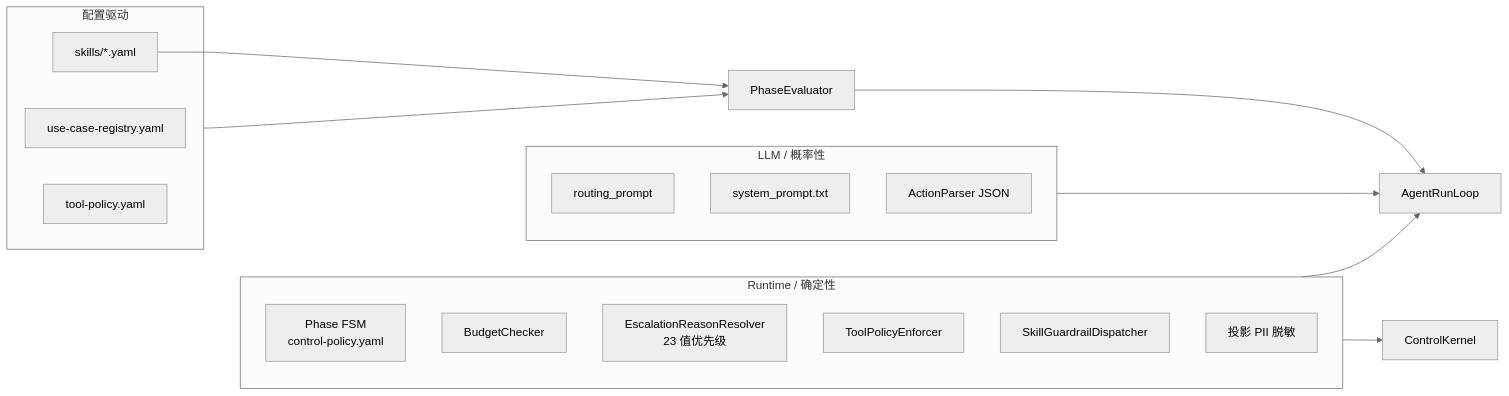
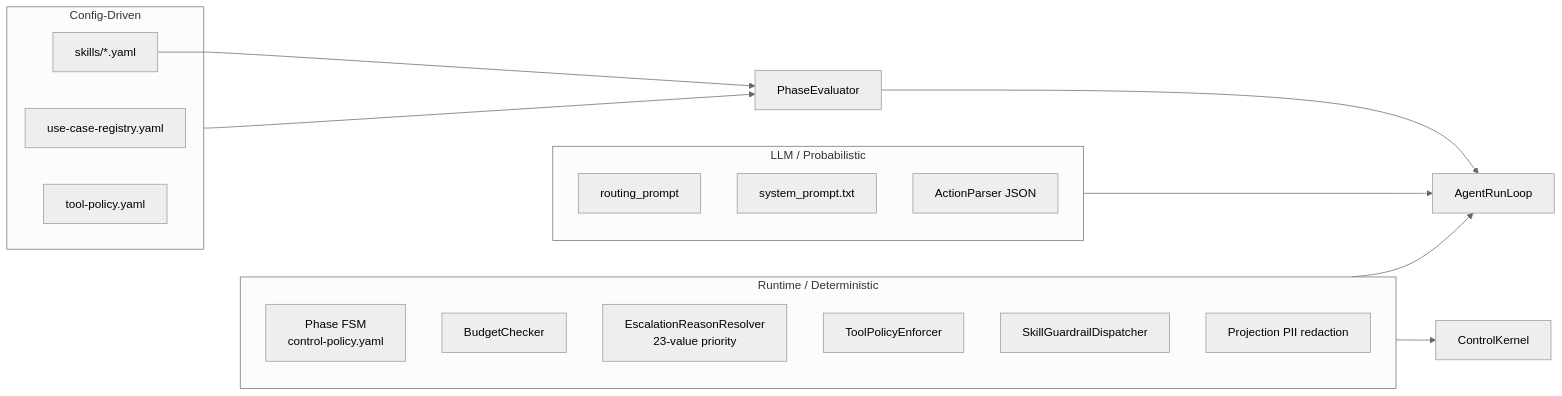
One commit to caoruixin/csagent changed the second of 3 diagrams in README.md. Above: the diagram before and after it, drawn with Mermaid (neutral theme). The commit also changed other lines of this file and 1 other file, not shown here.

````diff
--- a/README.md
+++ b/README.md
@@ -197,30 +199,30 @@
 ```mermaid
 flowchart LR
-  subgraph Deterministic["Runtime / 确定性"]
+  subgraph Deterministic["Runtime / Deterministic"]
     FSM["Phase FSM<br/>control-policy.yaml"]
     BUD[BudgetChecker]
-    ESC["EscalationReasonResolver<br/>23 值优先级"]
+    ESC["EscalationReasonResolver<br/>23-value priority"]
     TP[ToolPolicyEnforcer]
     SG[SkillGuardrailDispatcher]
-    PII[投影 PII 脱敏]
+    PII["Projection PII redaction"]
   end
 
-  subgraph Config["配置驱动"]
+  subgraph Config["Config-Driven"]
     SK["skills/*.yaml"]
     UCR[use-case-registry.yaml]
     TPY[tool-policy.yaml]
   end
 
-  subgraph Probabilistic["LLM / 概率性"]
+  subgraph Probabilistic["LLM / Probabilistic"]
     ROUT[routing_prompt]
     SYS[system_prompt.txt]
     ACT[ActionParser JSON]
   end
 
   SK --> PE[PhaseEvaluator]
   Config --> PE
   PE --> ARL[AgentRunLoop]
   Deterministic --> CK[ControlKernel]
   Probabilistic --> ARL
   Deterministic --> ARL
 ```
````
